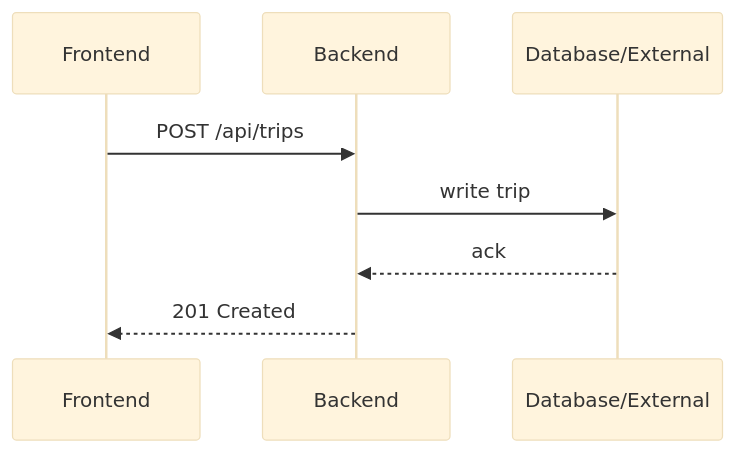
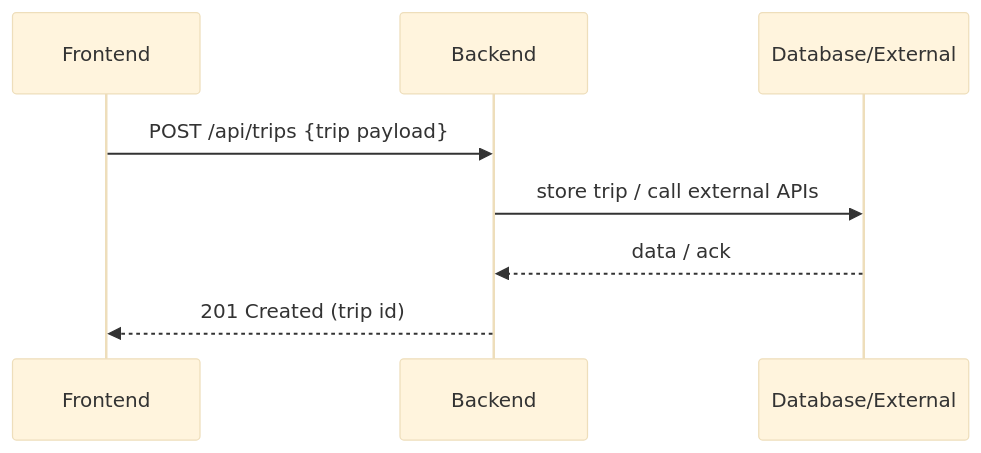
The diagram in docs/backend.md (Yugenjr/OdooxKAHE), drawn with Mermaid (base theme) before and after one commit. The commit also changed other lines of this file and 4 other files, not shown here.

````diff
--- a/docs/backend.md
+++ b/docs/backend.md
@@ -10,11 +18,11 @@
 ```mermaid
 sequenceDiagram
   participant F as Frontend
   participant B as Backend
   participant D as Database/External
 
-  F->>B: POST /api/trips
-  B->>D: write trip
-  D-->>B: ack
-  B-->>F: 201 Created
+  F->>B: POST /api/trips {trip payload}
+  B->>D: store trip / call external APIs
+  D-->>B: data / ack
+  B-->>F: 201 Created (trip id)
 ```
````
